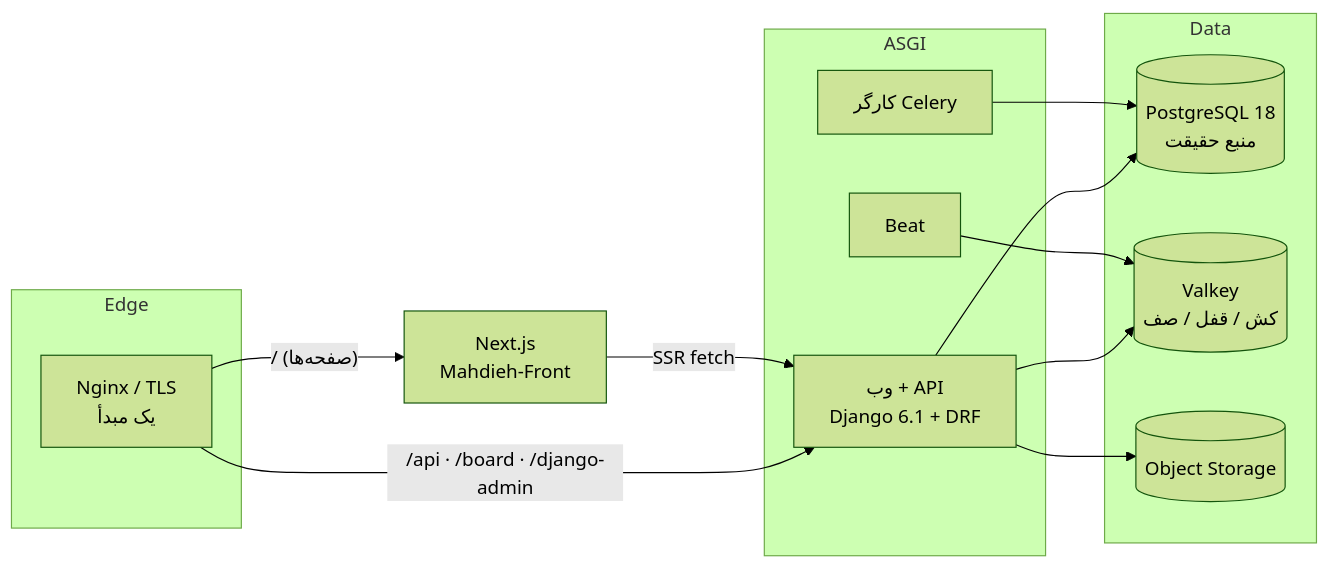
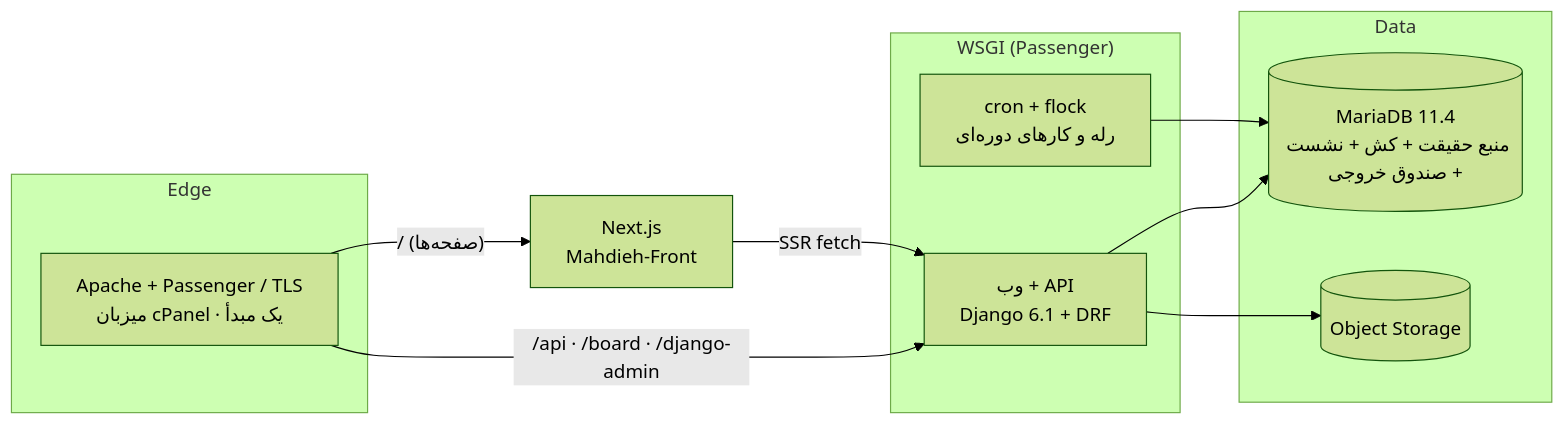
One commit to mohebbibrothers/Mahdieh changed the diagram in README.md. Above: the diagram before and after it, drawn with Mermaid (forest theme). The commit also changed other lines of this file and 146 other files, not shown here.

First line of the commit message:
feat(phase-15): MariaDB port and cPanel/Passenger deployment

````diff
--- a/README.md
+++ b/README.md
@@ -156,25 +156,21 @@
 ```mermaid
 graph LR
     subgraph Edge
-        N[Nginx / TLS<br/>یک مبدأ]
+        N[Apache + Passenger / TLS<br/>میزبان cPanel · یک مبدأ]
     end
     F[Next.js<br/>Mahdieh-Front]
-    subgraph App["ASGI"]
+    subgraph App["WSGI (Passenger)"]
         W[وب + API<br/>Django 6.1 + DRF]
-        C[کارگر Celery]
-        B[Beat]
+        C[cron + flock<br/>رله و کارهای دوره‌ای]
     end
     subgraph Data
-        P[(PostgreSQL 18<br/>منبع حقیقت)]
-        V[(Valkey<br/>کش / قفل / صف)]
+        P[(MariaDB 11.4<br/>منبع حقیقت + کش + نشست + صندوق خروجی)]
         S[(Object Storage)]
     end
     N -- "/ (صفحه‌ها)" --> F
     N -- "/api · /board · /django-admin" --> W
     F -- "SSR fetch" --> W
     W --> P
-    W --> V
     W --> S
     C --> P
-    B --> V
 ```
````
